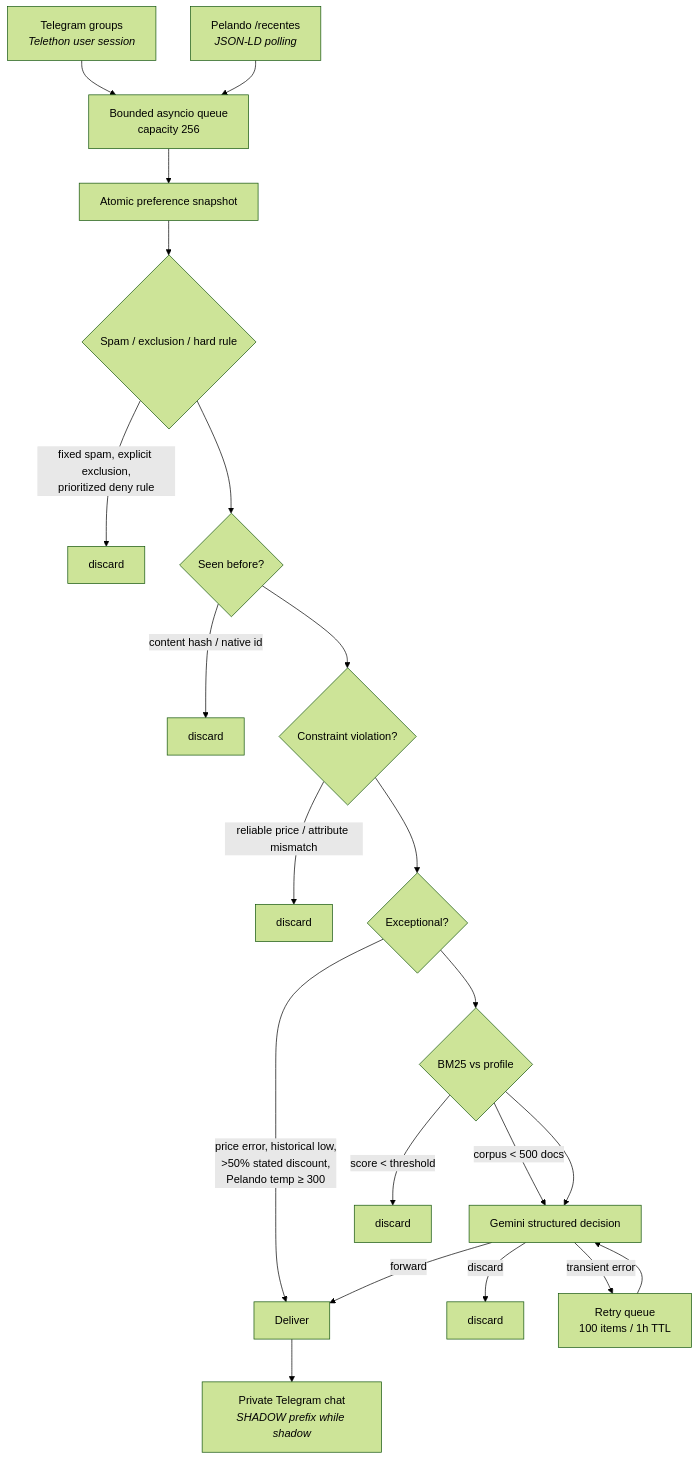
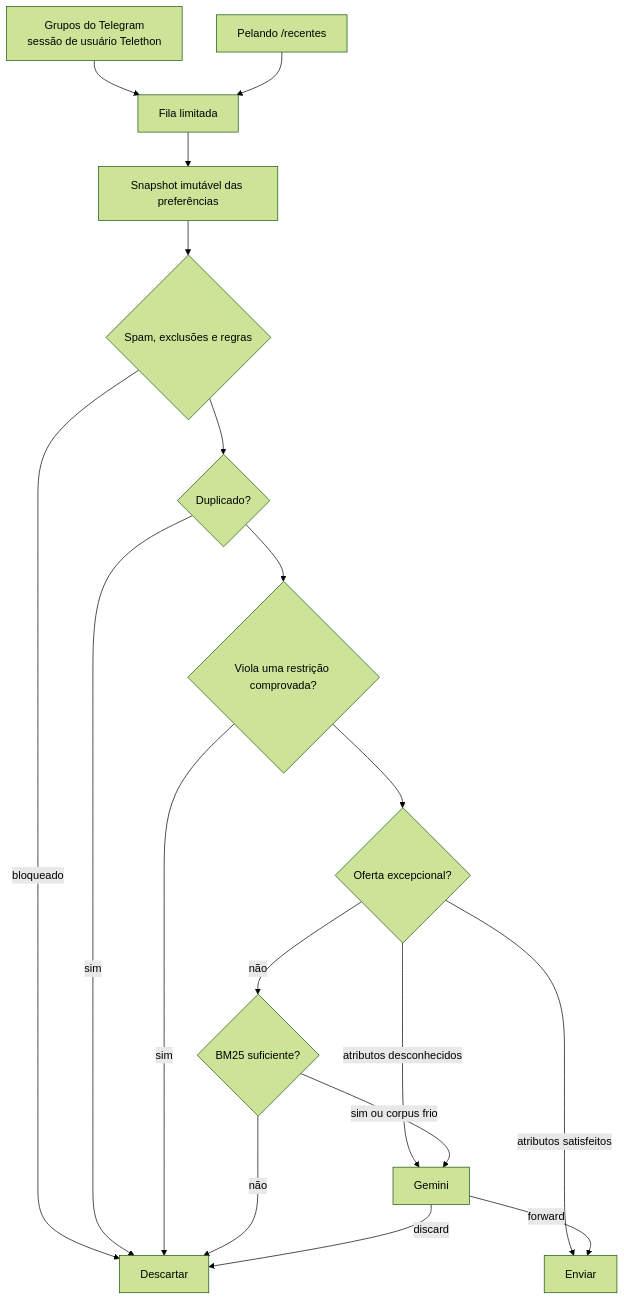
Before and after one commit to koobzaar/Sieve: the diagram in README.md, drawn with Mermaid (forest theme). The commit also changed other lines of this file and 14 other files, not shown here.

````diff
--- a/README.md
+++ b/README.md
@@ -52,29 +22,20 @@
 ```mermaid
 flowchart TD
-    TG[Telegram groups<br/><i>Telethon user session</i>] --> Q
-    PL[Pelando /recentes<br/><i>JSON-LD polling</i>] --> Q
-    Q[Bounded asyncio queue<br/>capacity 256]
-
-    Q --> PS[Atomic preference snapshot]
-    PS --> HF{Spam / exclusion / hard rule}
-    HF -->|fixed spam, explicit exclusion,<br/>prioritized deny rule| X1[discard]
-    HF --> DD{Seen before?}
-    DD -->|content hash / native id| X2[discard]
-
-    DD --> PC{Constraint violation?}
-    PC -->|reliable price / attribute mismatch| X5[discard]
-    PC --> EX{Exceptional?}
-    EX -->|price error, historical low,<br/>&gt;50% stated discount,<br/>Pelando temp &ge; 300| DEL[Deliver]
-
-    EX --> BM{BM25 vs profile}
-    BM -->|score &lt; threshold| X3[discard]
-    BM -->|corpus &lt; 500 docs| LLM
-    BM --> LLM[Gemini structured decision]
-
-    LLM -->|forward| DEL
-    LLM -->|discard| X4[discard]
-    LLM -->|transient error| RQ[Retry queue<br/>100 items / 1h TTL]
-    RQ --> LLM
-
-    DEL --> OUT[Private Telegram chat<br/><i>SHADOW prefix while shadow</i>]
+    TG[Grupos do Telegram<br/>sessão de usuário Telethon] --> Q[Fila limitada]
+    PL[Pelando /recentes] --> Q
+    Q --> PS[Snapshot imutável das preferências]
+    PS --> F{Spam, exclusões e regras}
+    F -->|bloqueado| D[Descartar]
+    F --> DD{Duplicado?}
+    DD -->|sim| D
+    DD --> C{Viola uma restrição comprovada?}
+    C -->|sim| D
+    C --> E{Oferta excepcional?}
+    E -->|atributos satisfeitos| O[Enviar]
+    E -->|atributos desconhecidos| G[Gemini]
+    E -->|não| B{BM25 suficiente?}
+    B -->|não| D
+    B -->|sim ou corpus frio| G
+    G -->|forward| O
+    G -->|discard| D
 ```
````
